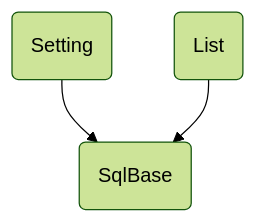
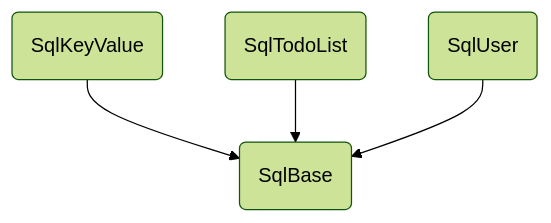
Before and after one commit to delta1037/deltaNote_repo: the second of 2 diagrams in deltaNote_client/README.md, drawn with Mermaid (forest theme). The commit also changed other lines of this file and 33 other files, not shown here.

````diff
--- a/deltaNote_client/README.md
+++ b/deltaNote_client/README.md
@@ -14,7 +30,6 @@
 ```mermaid
 graph TD
-	C(Setting) --> D(SqlBase)
-    B(List) -->D(SqlBase)
-    
-
+	B(SqlKeyValue) --> A(SqlBase)
+    C(SqlTodoList) -->A
+    D(SqlUser) -->A
 ```
````
